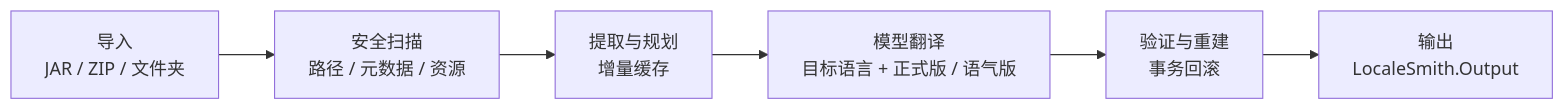
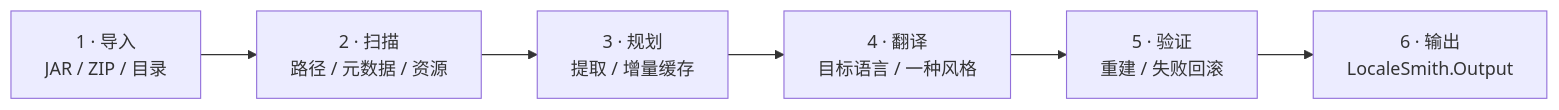
The diagram in README.md (DZXH-TX/LocaleSmith), drawn with Mermaid before and after one commit. The commit also changed other lines of this file, not shown here.

````diff
--- a/README.md
+++ b/README.md
@@ -182,8 +183,8 @@
 ```mermaid
 flowchart LR
-    A["导入<br/>JAR / ZIP / 文件夹"] --> B["安全扫描<br/>路径 / 元数据 / 资源"]
-    B --> C["提取与规划<br/>增量缓存"]
-    C --> D["模型翻译<br/>目标语言 + 正式版 / 语气版"]
-    D --> E["验证与重建<br/>事务回滚"]
-    E --> F["输出<br/>LocaleSmith.Output"]
+    A["1 · 导入<br/>JAR / ZIP / 目录"] --> B["2 · 扫描<br/>路径 / 元数据 / 资源"]
+    B --> C["3 · 规划<br/>提取 / 增量缓存"]
+    C --> D["4 · 翻译<br/>目标语言 / 一种风格"]
+    D --> E["5 · 验证<br/>重建 / 失败回滚"]
+    E --> F["6 · 输出<br/>LocaleSmith.Output"]
 ```
````
